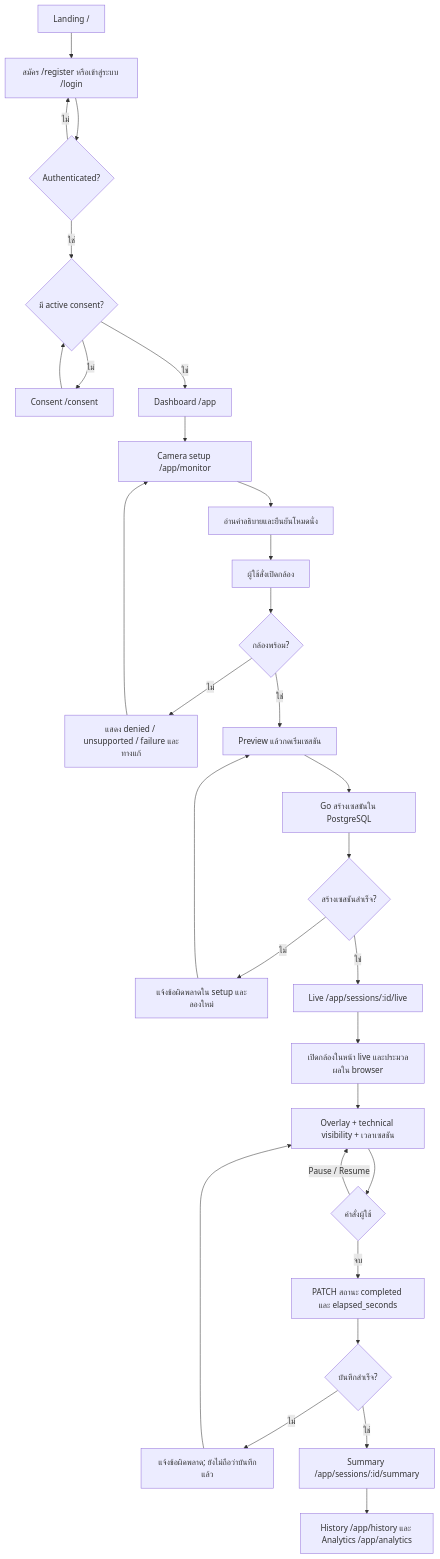
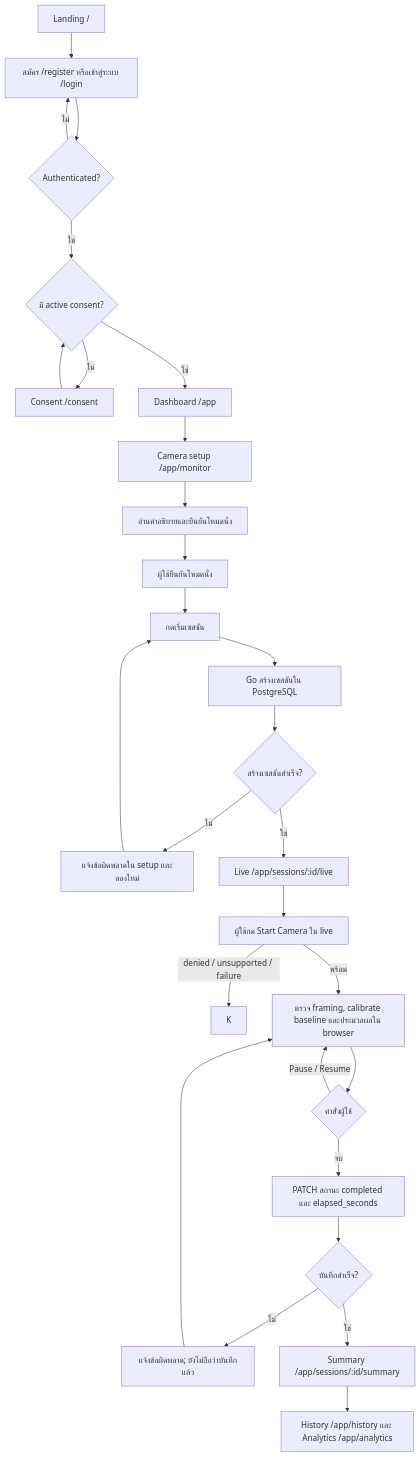
The first of 3 diagrams in TODO.md (err0r4o4-dev/kineguide-ai), drawn with Mermaid before and after one commit. The commit also changed other lines of this file and 28 other files, not shown here.

````diff
--- a/TODO.md
+++ b/TODO.md
@@ -65,32 +73,30 @@
 ```mermaid
 flowchart TD
     A["Landing /"] --> B["สมัคร /register หรือเข้าสู่ระบบ /login"]
     B --> C{"Authenticated?"}
     C -->|ไม่| B
     C -->|ใช่| D{"มี active consent?"}
     D -->|ไม่| E["Consent /consent"]
     E --> D
     D -->|ใช่| F["Dashboard /app"]
     F --> G["Camera setup /app/monitor"]
     G --> H["อ่านคำอธิบายและยืนยันโหมดนั่ง"]
-    H --> I["ผู้ใช้สั่งเปิดกล้อง"]
-    I --> J{"กล้องพร้อม?"}
-    J -->|ไม่| K["แสดง denied / unsupported / failure และทางแก้"]
-    K --> G
-    J -->|ใช่| L["Preview แล้วกดเริ่มเซสชัน"]
-    L --> M["Go สร้างเซสชันใน PostgreSQL"]
+    H --> I["ผู้ใช้ยืนยันโหมดนั่ง"]
+    I --> J["กดเริ่มเซสชัน"]
+    J --> M["Go สร้างเซสชันใน PostgreSQL"]
     M --> W{"สร้างเซสชันสำเร็จ?"}
     W -->|ไม่| X["แจ้งข้อผิดพลาดใน setup และลองใหม่"]
-    X --> L
+    X --> J
     W -->|ใช่| N["Live /app/sessions/:id/live"]
-    N --> O["เปิดกล้องในหน้า live และประมวลผลใน browser"]
-    O --> P["Overlay + technical visibility + เวลาเซสชัน"]
+    N --> O["ผู้ใช้กด Start Camera ใน live"]
+    O -->|denied / unsupported / failure| K
+    O -->|พร้อม| P["ตรวจ framing, calibrate baseline และประมวลผลใน browser"]
     P --> Q{"คำสั่งผู้ใช้"}
     Q -->|Pause / Resume| P
     Q -->|จบ| R["PATCH สถานะ completed และ elapsed_seconds"]
     R --> S{"บันทึกสำเร็จ?"}
     S -->|ไม่| T["แจ้งข้อผิดพลาด; ยังไม่ถือว่าบันทึกแล้ว"]
     T --> P
     S -->|ใช่| U["Summary /app/sessions/:id/summary"]
     U --> V["History /app/history และ Analytics /app/analytics"]
 ```
````
